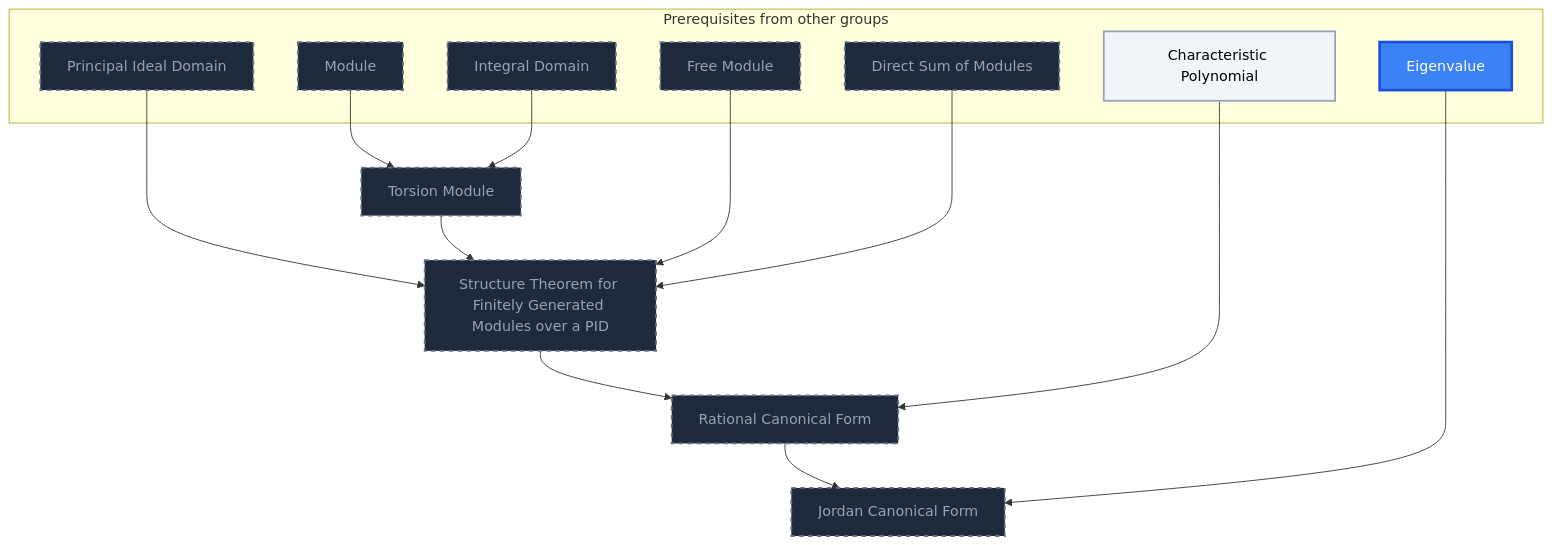
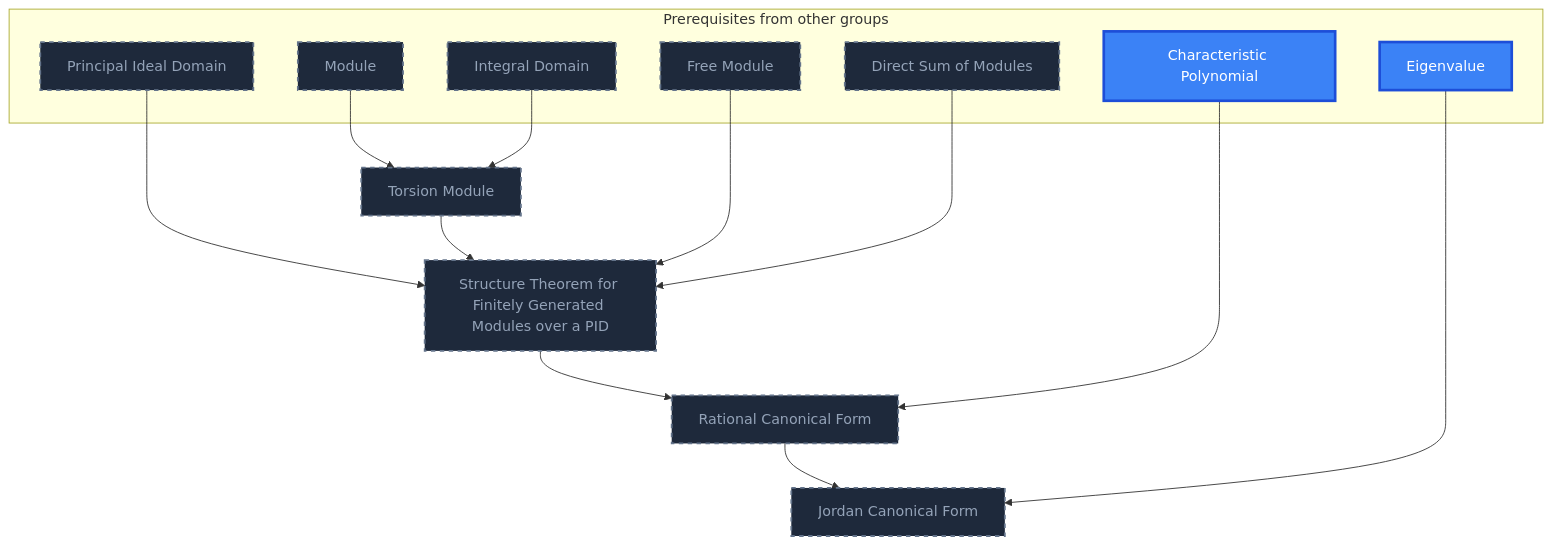
Before and after one commit to MRauf1/My-Notes: diagram 13 of 20 in Gamification/Skill Trees/Abstract Algebra.md, drawn with Mermaid. The commit also changed other lines of this file and 145 other files, not shown here.

````diff
--- a/Gamification/Skill Trees/Abstract Algebra.md
+++ b/Gamification/Skill Trees/Abstract Algebra.md
@@ -912,39 +914,38 @@
 ```mermaid
 flowchart TD
     classDef planned fill:#1E293B,stroke:#64748B,stroke-width:2px,stroke-dasharray:5 5,color:#94A3B8;
     classDef locked fill:#334155,stroke:#475569,stroke-width:2px,color:#94A3B8;
     classDef L0 fill:#F1F5F9,stroke:#94A3B8,stroke-width:2px,color:#000000;
     classDef L1 fill:#22C55E,stroke:#15803D,stroke-width:2px,color:#000000;
     classDef L2 fill:#3B82F6,stroke:#1D4ED8,stroke-width:3px,color:#FFFFFF;
     classDef L3 fill:#A855F7,stroke:#6B21A8,stroke-width:3px,color:#FFFFFF,font-weight:bold;
     classDef L4 fill:#F97316,stroke:#C2410C,stroke-width:4px,color:#000000,font-weight:bold;
     classDef L5 fill:#FFD700,stroke:#FF8C00,stroke-width:5px,color:#000000,font-weight:bold;
     classDef rusty stroke:#8B4513,stroke-width:4px,stroke-dasharray:3 3;
     subgraph sg_prereqs["Prerequisites from other groups"]
         n_module["Module"]
         n_integral_domain["Integral Domain"]
         n_principal_ideal_domain["Principal Ideal Domain"]
         n_free_module["Free Module"]
         n_direct_sum_of_modules["Direct Sum of Modules"]
         n_characteristic_polynomial["Characteristic Polynomial"]
         n_eigenvalue["Eigenvalue"]
     end
     n_torsion_module["Torsion Module"]
     n_structure_theorem_for_finitely_generated_modules_over_a_pid["Structure Theorem for Finitely Generated Modules over a PID"]
     n_rational_canonical_form["Rational Canonical Form"]
     n_jordan_canonical_form["Jordan Canonical Form"]
     n_module --> n_torsion_module
     n_integral_domain --> n_torsion_module
     n_principal_ideal_domain --> n_structure_theorem_for_finitely_generated_modules_over_a_pid
     n_torsion_module --> n_structure_theorem_for_finitely_generated_modules_over_a_pid
     n_free_module --> n_structure_theorem_for_finitely_generated_modules_over_a_pid
     n_direct_sum_of_modules --> n_structure_theorem_for_finitely_generated_modules_over_a_pid
     n_structure_theorem_for_finitely_generated_modules_over_a_pid --> n_rational_canonical_form
     n_characteristic_polynomial --> n_rational_canonical_form
     n_rational_canonical_form --> n_jordan_canonical_form
     n_eigenvalue --> n_jordan_canonical_form
     class n_module,n_integral_domain,n_principal_ideal_domain,n_free_module,n_direct_sum_of_modules,n_torsion_module,n_structure_theorem_for_finitely_generated_modules_over_a_pid,n_rational_canonical_form,n_jordan_canonical_form planned;
-    class n_characteristic_polynomial L0;
-    class n_eigenvalue L2;
+    class n_characteristic_polynomial,n_eigenvalue L2;
     class n_characteristic_polynomial,n_eigenvalue internal-link;
 ```
````
